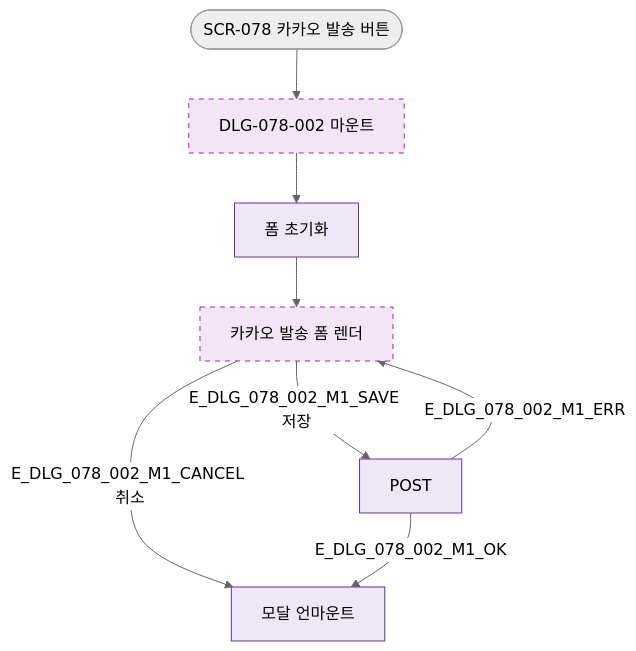
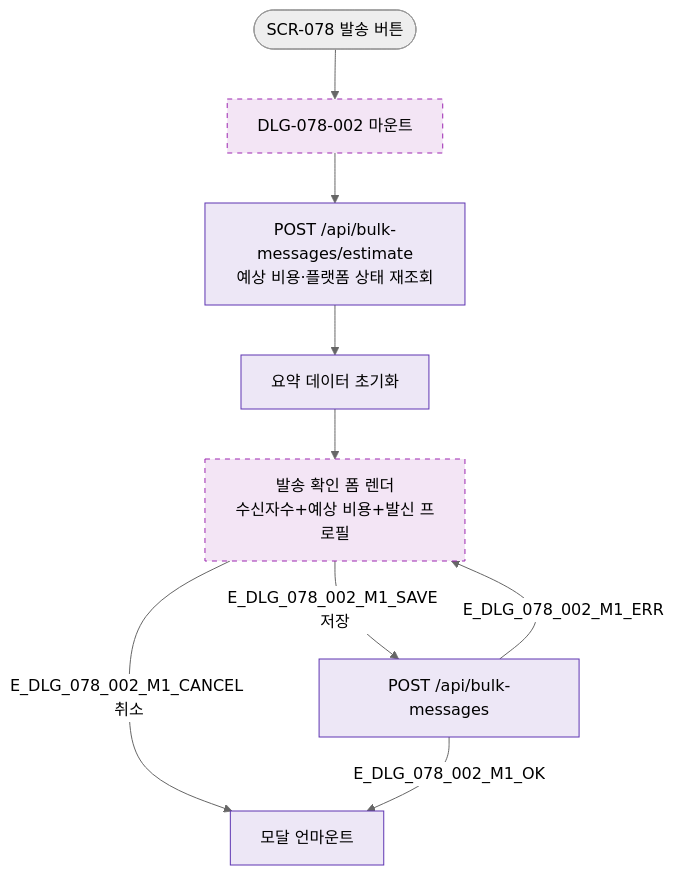
The diagram in docs/admin/다이어그램/D08_마케팅/DLG/DLG-078-002/M1_모달생명주기.md (dev-spogym/admin-pando), drawn with Mermaid (neutral theme) before and after one commit. The commit also changed other lines of this file and 25 other files, not shown here.

````diff
--- a/docs/admin/다이어그램/D08_마케팅/DLG/DLG-078-002/M1_모달생명주기.md
+++ b/docs/admin/다이어그램/D08_마케팅/DLG/DLG-078-002/M1_모달생명주기.md
@@ -12,16 +12,17 @@
 ```mermaid
 flowchart TD
-  TRIGGER([SCR-078 카카오 발송 버튼]) --> OPEN[DLG-078-002 마운트]
-  OPEN --> INIT[폼 초기화]
-  INIT --> RENDER[카카오 발송 폼 렌더]
-  RENDER -->|E_DLG_078_002_M1_SAVE 저장|SUBMIT[POST]
+  TRIGGER([SCR-078 발송 버튼]) --> OPEN[DLG-078-002 마운트]
+  OPEN --> FETCH[POST /api/bulk-messages/estimate\n예상 비용·플랫폼 상태 재조회]
+  FETCH --> INIT[요약 데이터 초기화]
+  INIT --> RENDER[발송 확인 폼 렌더\n수신자수+예상 비용+발신 프로필]
+  RENDER -->|E_DLG_078_002_M1_SAVE 저장|SUBMIT[POST /api/bulk-messages]
   RENDER -->|E_DLG_078_002_M1_CANCEL 취소|UNMOUNT[모달 언마운트]
   SUBMIT -->|E_DLG_078_002_M1_OK|UNMOUNT
   SUBMIT -->|E_DLG_078_002_M1_ERR|RENDER
 
   classDef newFeature fill:#F3E5F5,stroke:#9C27B0,stroke-dasharray:5 5
   classDef system fill:#EDE7F6,stroke:#5E35B2
 
   class OPEN,RENDER newFeature
-  class INIT,SUBMIT,UNMOUNT system
+  class FETCH,INIT,SUBMIT,UNMOUNT system
 ```
````
